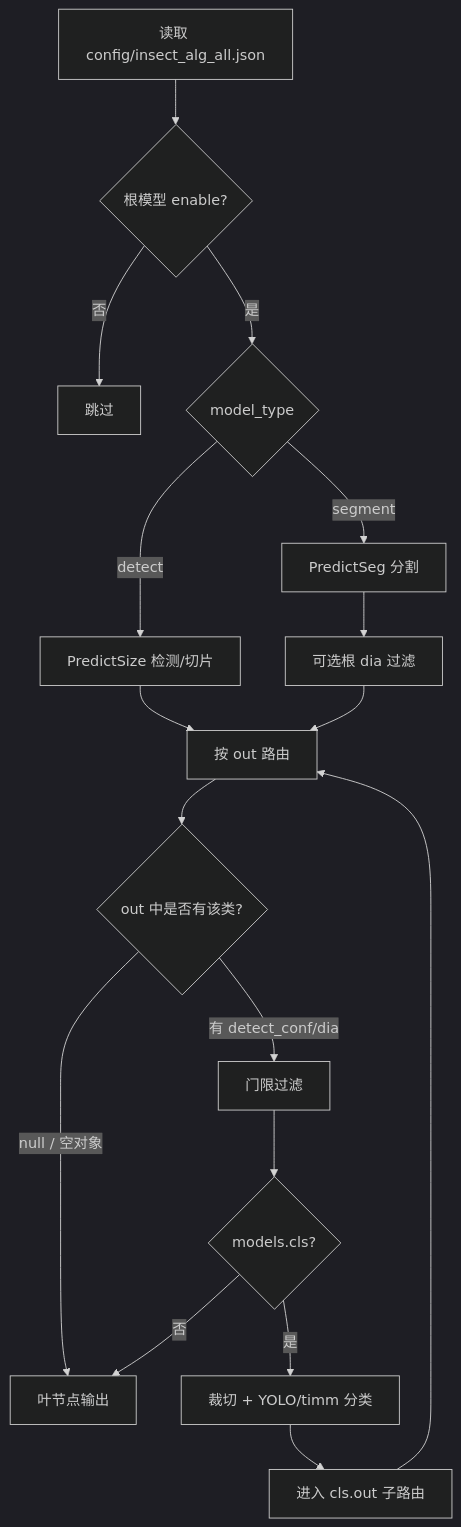
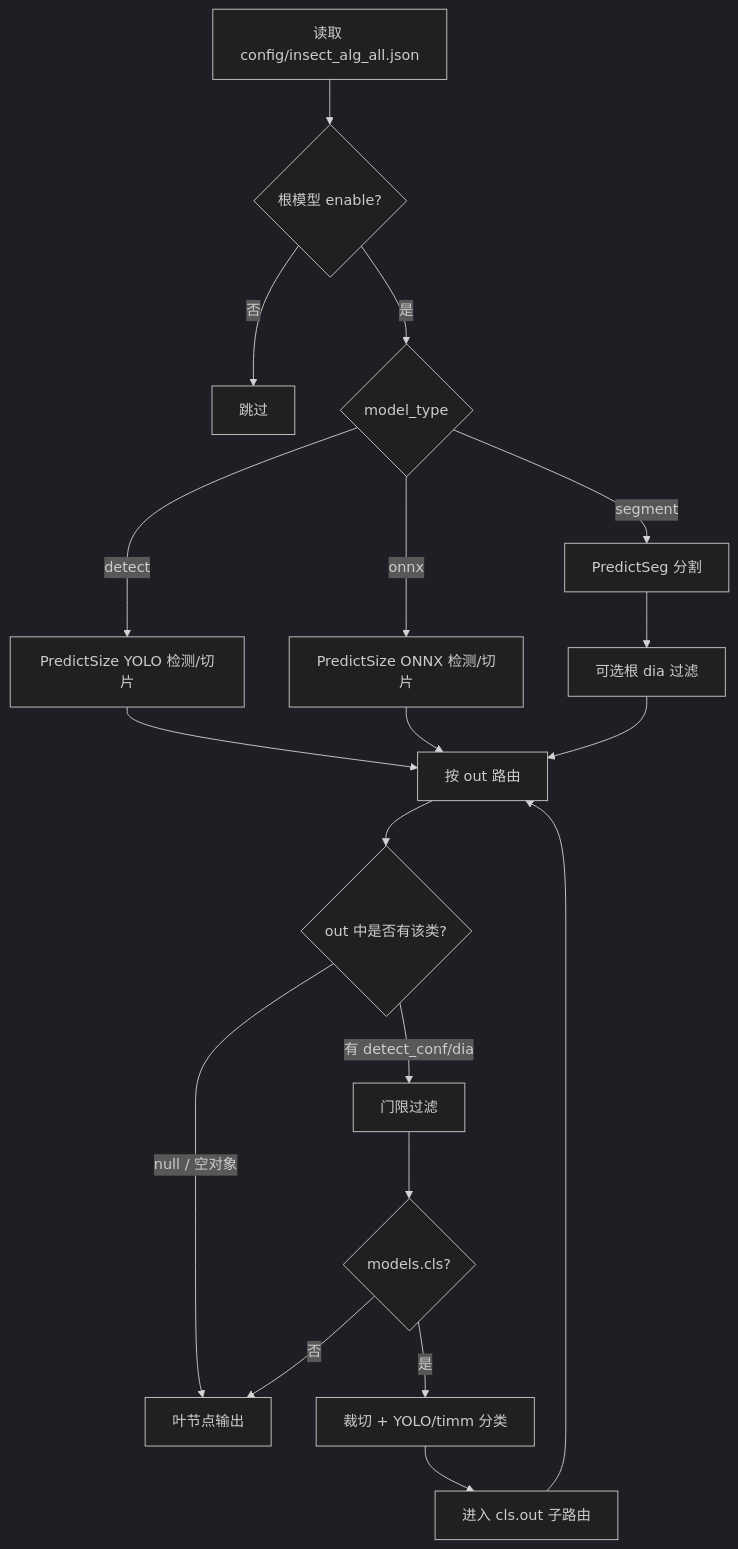
Before and after one commit to yinshunyao/script: the diagram in 算法配置说明.md, drawn with Mermaid (dark theme). The commit also changed other lines of this file and 65 other files, not shown here.

````diff
--- a/算法配置说明.md
+++ b/算法配置说明.md
@@ -83,19 +98,21 @@
 ```mermaid
 flowchart TD
   A[读取 config/insect_alg_all.json] --> B{根模型 enable?}
   B -->|否| Z[跳过]
   B -->|是| C{model_type}
-  C -->|detect| D[PredictSize 检测/切片]
+  C -->|detect| D[PredictSize YOLO 检测/切片]
+  C -->|onnx| D2[PredictSize ONNX 检测/切片]
   C -->|segment| E[PredictSeg 分割]
   D --> F[按 out 路由]
+  D2 --> F
   E --> G[可选根 dia 过滤]
   G --> F
   F --> H{out 中是否有该类?}
   H -->|null / 空对象| I[叶节点输出]
   H -->|有 detect_conf/dia| J[门限过滤]
   J --> K{models.cls?}
   K -->|是| L[裁切 + YOLO/timm 分类]
   L --> M[进入 cls.out 子路由]
   K -->|否| I
   M --> F
 ```
````
